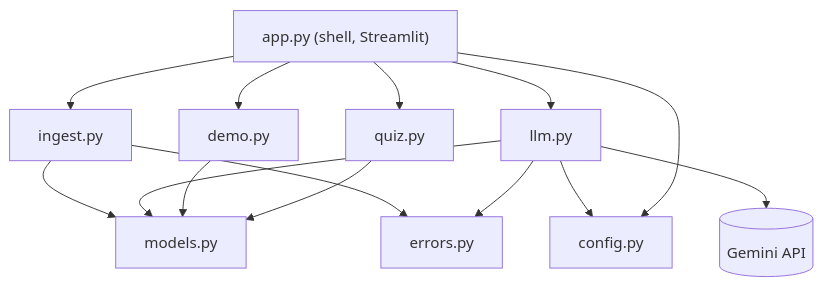
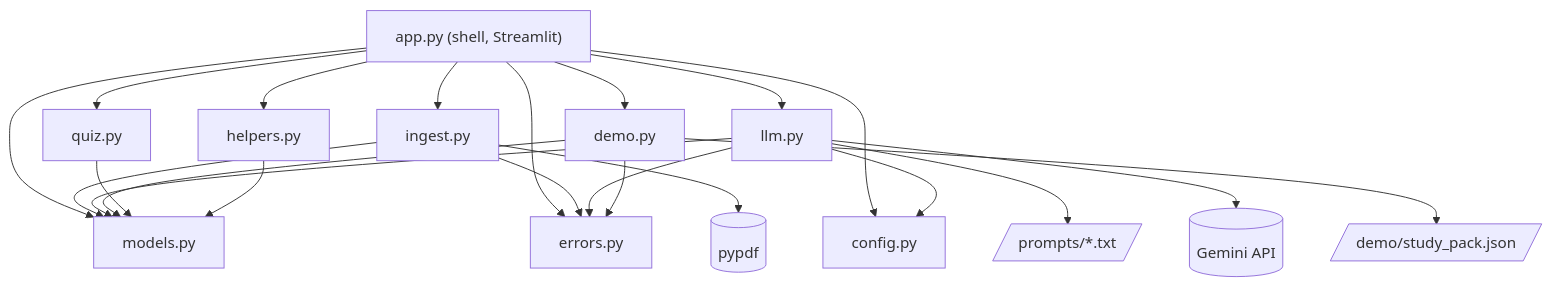
One commit to IBE160-2026/G65-ibrahim changed the first of 4 diagrams in _bmad-output/planning-artifacts/architecture/architecture-G65-ibrahim-2026-11-16/ARCHITECTURE-SPINE.md. Above: the diagram before and after it, drawn with Mermaid. The commit also changed other lines of this file and 14 other files, not shown here.

````diff
--- a/_bmad-output/planning-artifacts/architecture/architecture-G65-ibrahim-2026-11-16/ARCHITECTURE-SPINE.md
+++ b/_bmad-output/planning-artifacts/architecture/architecture-G65-ibrahim-2026-11-16/ARCHITECTURE-SPINE.md
@@ -31,16 +31,24 @@
 ```mermaid
 flowchart TD
     app["app.py (shell, Streamlit)"] --> ingest["ingest.py"]
     app --> llm["llm.py"]
     app --> demo["demo.py"]
     app --> quiz["quiz.py"]
-    ingest --> models["models.py"]
+    app --> helpers["helpers.py"]
+    app --> config["config.py"]
+    app --> models["models.py"]
+    app --> errors["errors.py"]
+    ingest --> models
     llm --> models
     demo --> models
     quiz --> models
-    ingest --> errors["errors.py"]
+    helpers --> models
+    ingest --> errors
     llm --> errors
-    llm --> config["config.py"]
-    app --> config
+    demo --> errors
+    llm --> config
+    llm --> prompts[/"prompts/*.txt"/]
+    demo --> demofile[/"demo/study_pack.json"/]
+    ingest --> pypdf[("pypdf")]
     llm --> gemini[("Gemini API")]
 ```
````
